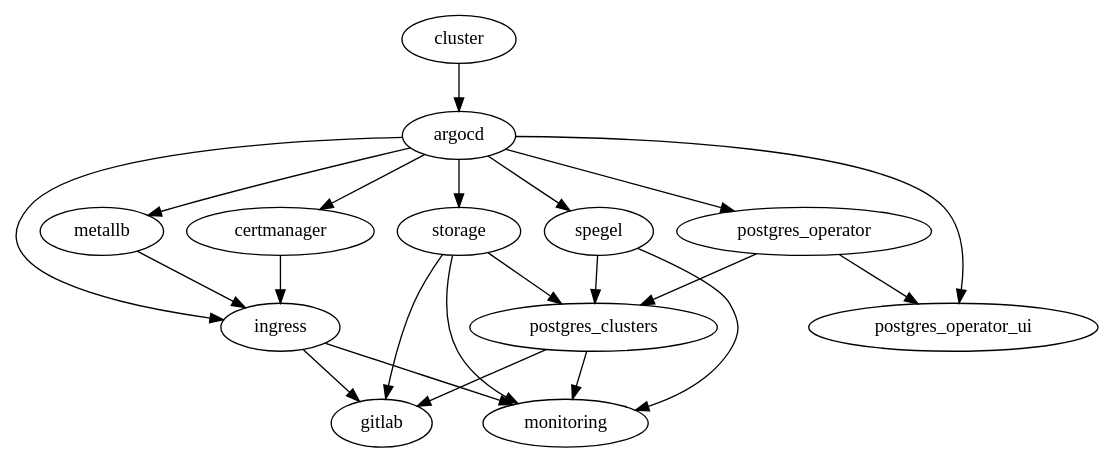
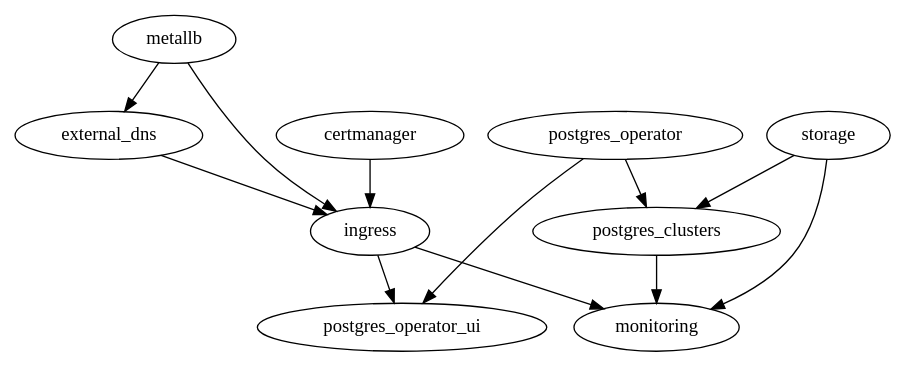
One commit to digitalstudium/devops-homelab changed the diagram in diagrams/graph.dot. Above: the diagram before and after it, drawn with Graphviz. The commit also changed 15 other files, not shown here.

Commit message:
Add external dns

```diff
--- a/diagrams/graph.dot
+++ b/diagrams/graph.dot
@@ -1,23 +1,13 @@
 digraph G {
-  cluster -> argocd;
-  argocd -> metallb;
-  argocd -> storage;
-  argocd -> certmanager;
-  argocd -> postgres_operator;
-  argocd -> ingress;
-  argocd -> postgres_operator_ui;
   metallb -> ingress;
+  metallb -> external_dns;
   certmanager -> ingress;
+  external_dns -> ingress;
   postgres_operator -> postgres_operator_ui;
   postgres_operator -> postgres_clusters;
-  argocd -> spegel;
-  spegel -> postgres_clusters;
   storage -> postgres_clusters;
-  spegel -> monitoring;
+  ingress-> postgres_operator_ui;
   ingress-> monitoring;
   storage-> monitoring;
   postgres_clusters->monitoring;
-  ingress-> gitlab;
-  storage-> gitlab;
-  postgres_clusters->gitlab;
 }
```
